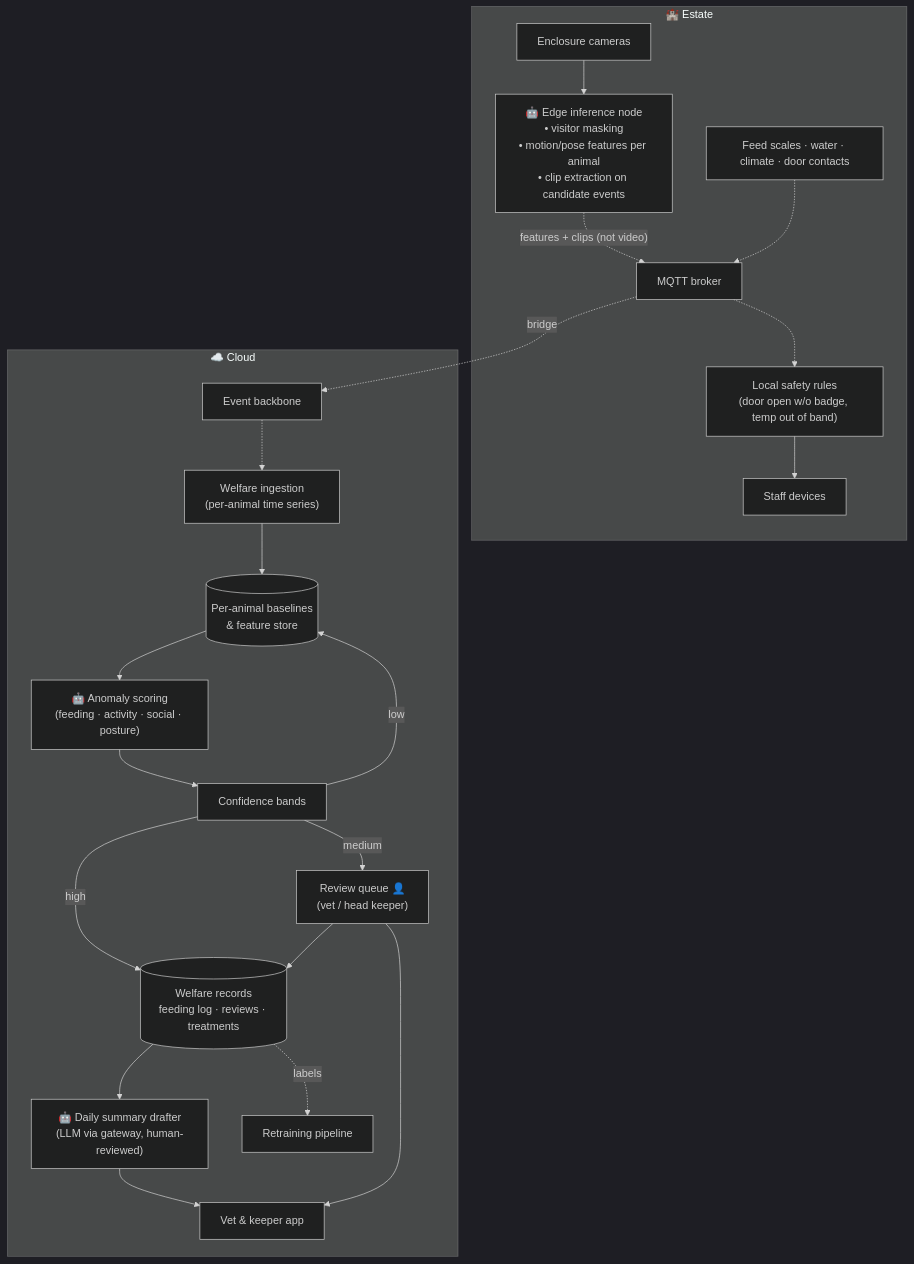
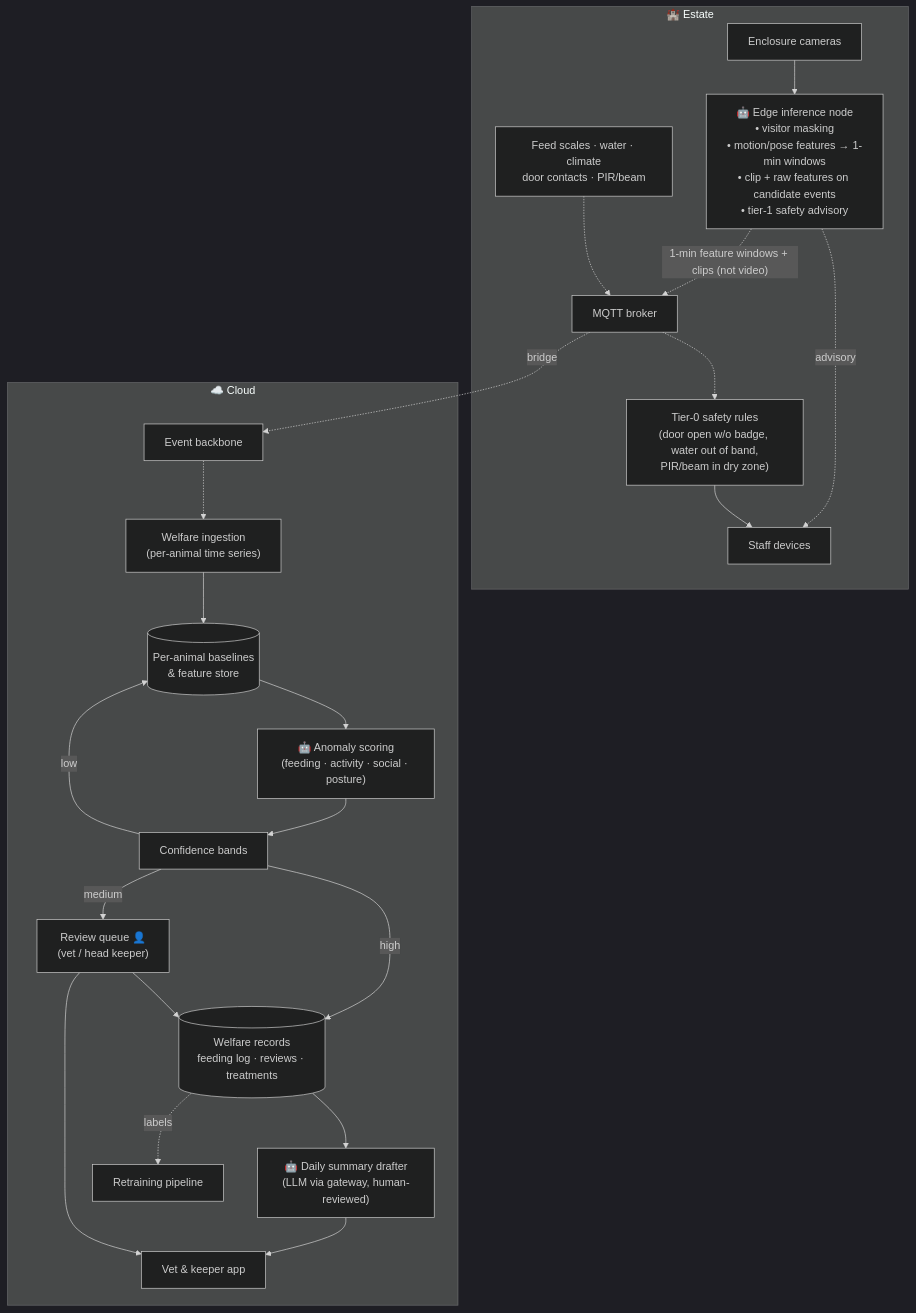
One commit to kr0k/katas changed the diagram in hld/scenarios/animal-welfare-monitoring/README.md. Above: the diagram before and after it, drawn with Mermaid (dark theme). The commit also changed other lines of this file and 25 other files, not shown here.

First line of the commit message:
docs: implement P1 eng-review tasks (roadmap, hybrid deployment, ticketing ADR, downlink, safety tiers, privacy, resilience)

````diff
--- a/hld/scenarios/animal-welfare-monitoring/README.md
+++ b/hld/scenarios/animal-welfare-monitoring/README.md
@@ -19,35 +22,36 @@
 ```mermaid
 flowchart TB
     subgraph Estate["🏰 Estate"]
         Cam["Enclosure cameras"]
-        Sens["Feed scales · water · climate · door contacts"]
-        Edge["🤖 Edge inference node<br/>• visitor masking<br/>• motion/pose features per animal<br/>• clip extraction on candidate events"]
+        Sens["Feed scales · water · climate<br/>door contacts · PIR/beam"]
+        Edge["🤖 Edge inference node<br/>• visitor masking<br/>• motion/pose features → 1-min windows<br/>• clip + raw features on candidate events<br/>• tier-1 safety advisory"]
         Broker["MQTT broker"]
-        Safety["Local safety rules<br/>(door open w/o badge, temp out of band)"]
+        Rules["Tier-0 safety rules<br/>(door open w/o badge, water out of band,<br/>PIR/beam in dry zone)"]
         Staff["Staff devices"]
         Cam --> Edge
-        Edge -. "features + clips (not video)" .-> Broker
+        Edge -. "1-min feature windows + clips (not video)" .-> Broker
+        Edge -. "advisory" .-> Staff
         Sens -.-> Broker
-        Broker -.-> Safety --> Staff
+        Broker -.-> Rules --> Staff
     end
     Broker -. "bridge" .-> Bus
     subgraph Cloud["☁️ Cloud"]
         Bus["Event backbone"]
         Ing["Welfare ingestion<br/>(per-animal time series)"]
         Base[("Per-animal baselines<br/>& feature store")]
         Anom["🤖 Anomaly scoring<br/>(feeding · activity · social · posture)"]
         Bands["Confidence bands"]
         Queue["Review queue 👤<br/>(vet / head keeper)"]
         Rec[("Welfare records<br/>feeding log · reviews · treatments")]
         Sum["🤖 Daily summary drafter<br/>(LLM via gateway, human-reviewed)"]
         Dash["Vet & keeper app"]
         Bus -.-> Ing --> Base --> Anom --> Bands
         Bands -- "high" --> Rec
         Bands -- "medium" --> Queue
         Bands -- "low" --> Base
         Queue --> Rec
         Rec --> Sum --> Dash
         Queue --> Dash
         Rec -. "labels" .-> Train["Retraining pipeline"]
     end
 ```
````
